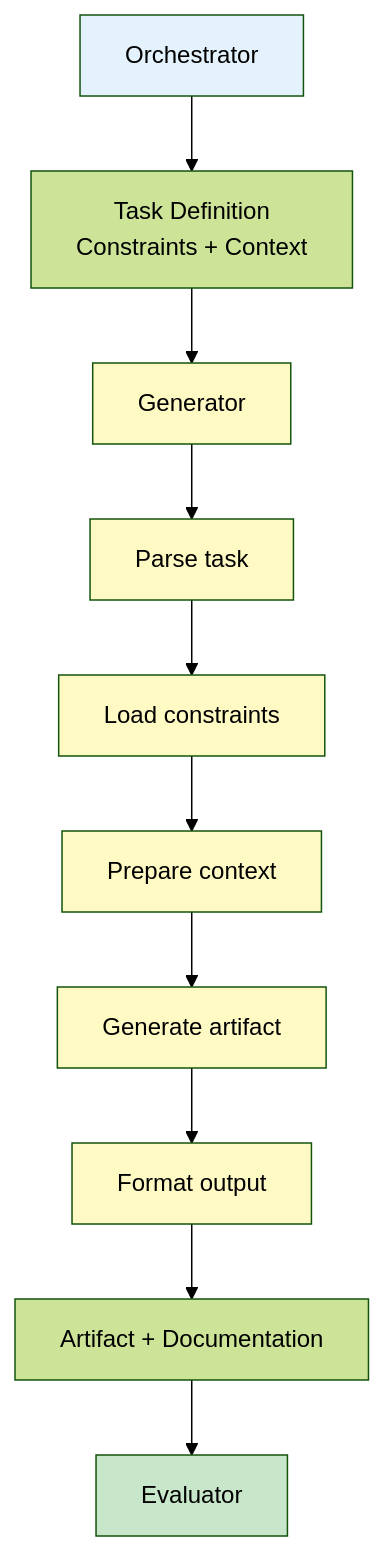
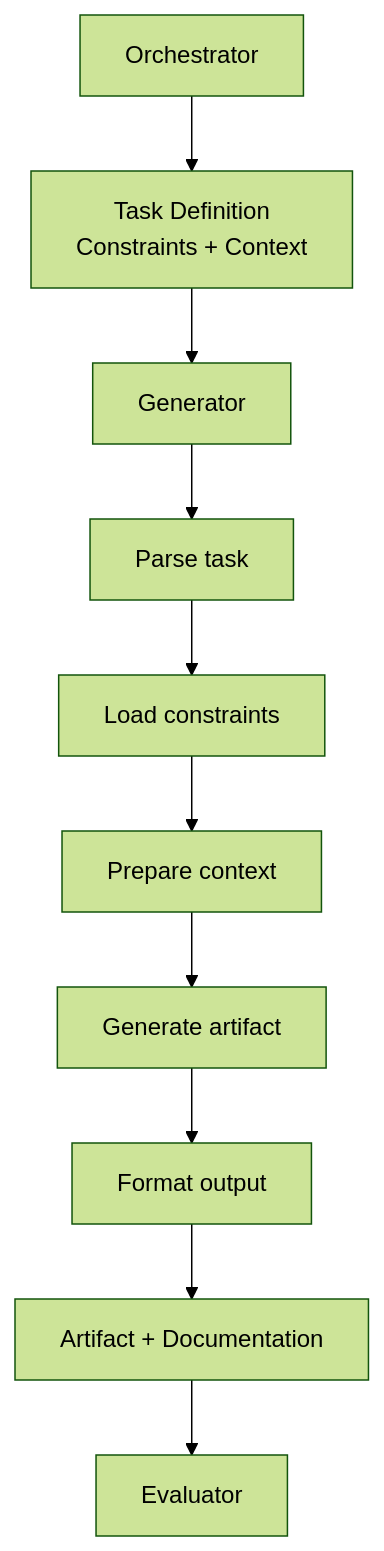
The diagram in instructions/generator/AGENTS.md (CharlesLuxinger/harness-eng-multi-agent), drawn with Mermaid (forest theme) before and after one commit. The commit also changed other lines of this file and 67 other files, not shown here.

````diff
--- a/instructions/generator/AGENTS.md
+++ b/instructions/generator/AGENTS.md
@@ -278,21 +278,12 @@
 ```mermaid
 graph TD
     A["Orchestrator"] --> B["Task Definition<br/>Constraints + Context"]
     B --> C["Generator"]
     C --> D["Parse task"]
     D --> E["Load constraints"]
     E --> F["Prepare context"]
     F --> G["Generate artifact"]
     G --> H["Format output"]
     H --> I["Artifact + Documentation"]
     I --> J["Evaluator"]
-    
-    style A fill:#e3f2fd
-    style C fill:#fff9c4
-    style D fill:#fff9c4
-    style E fill:#fff9c4
-    style F fill:#fff9c4
-    style G fill:#fff9c4
-    style H fill:#fff9c4
-    style J fill:#c8e6c9
 ```
````
